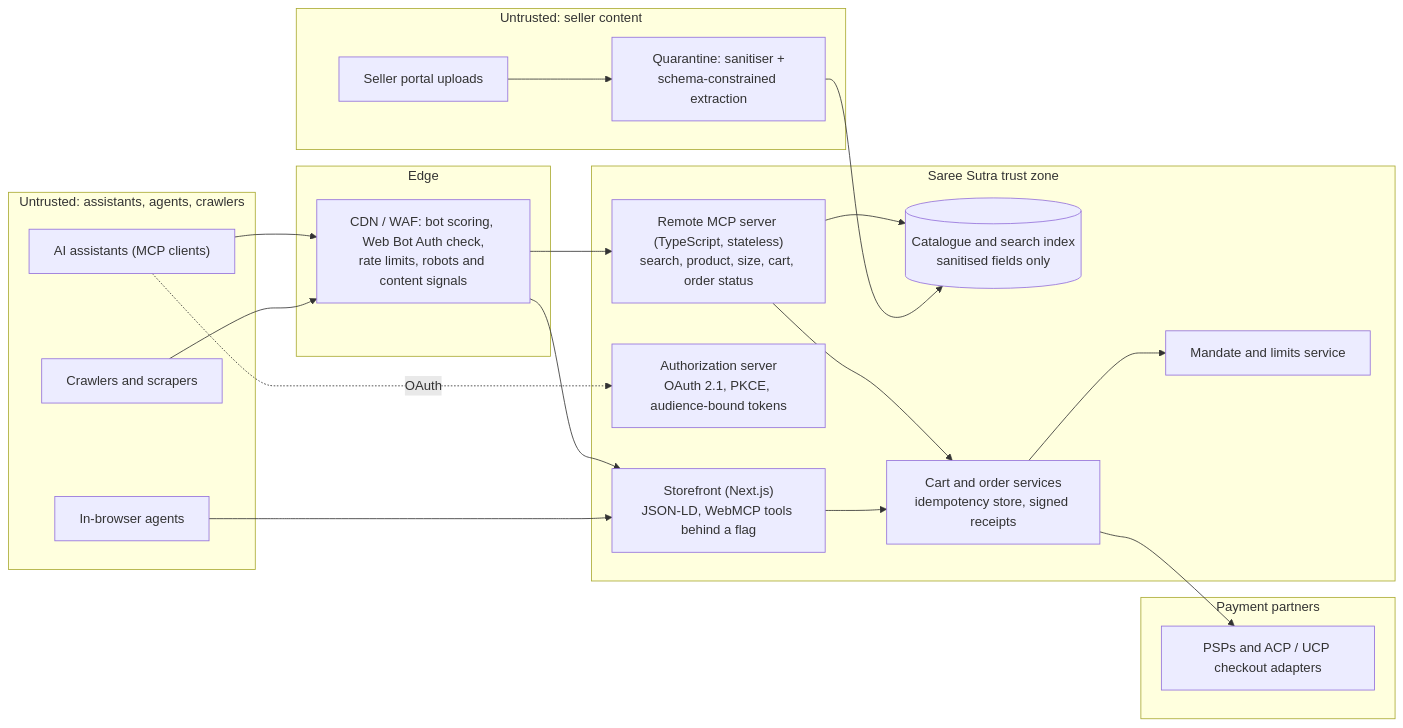
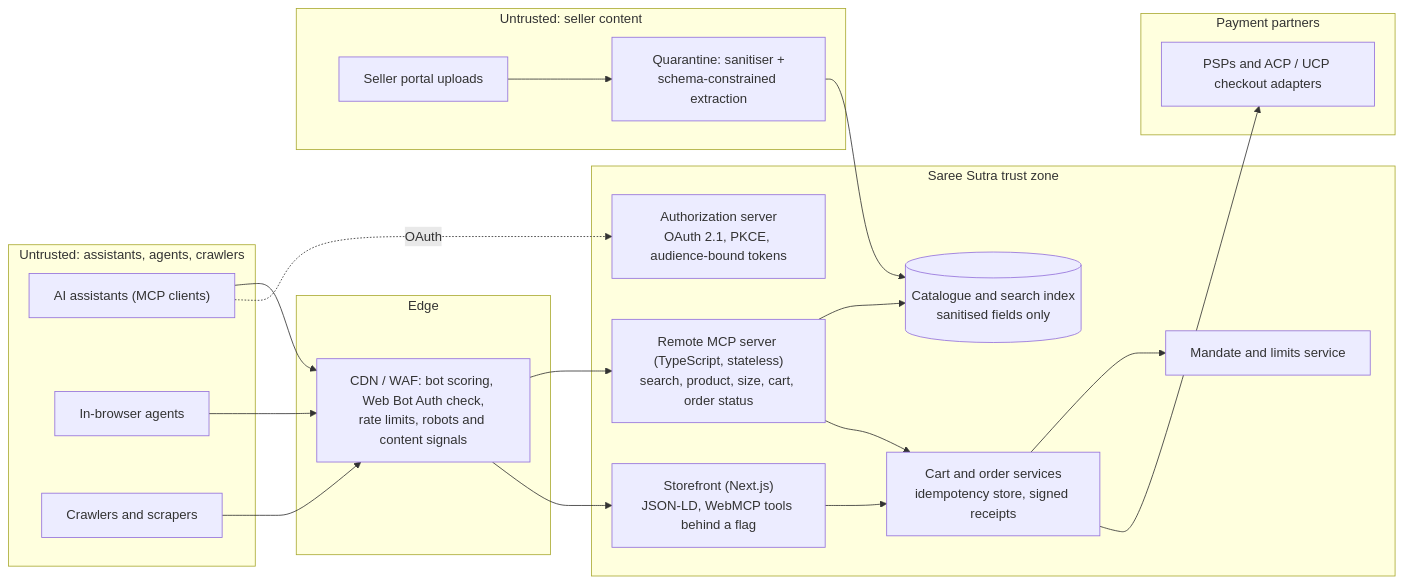
Before and after one commit to nagarjunak-pixel/02-autogpt-autonomous-agent: the diagram in curriculum/projects/P13-agent-ready-commerce-mcp.md, drawn with Mermaid. The commit also changed other lines of this file and 8 other files, not shown here.

````diff
--- a/curriculum/projects/P13-agent-ready-commerce-mcp.md
+++ b/curriculum/projects/P13-agent-ready-commerce-mcp.md
@@ -138,35 +130,35 @@
 ```mermaid
 flowchart LR
   subgraph EXT["Untrusted: assistants, agents, crawlers"]
     AST["AI assistants (MCP clients)"]
     BRA["In-browser agents"]
     CRW["Crawlers and scrapers"]
   end
   subgraph EDGE["Edge"]
     WAF["CDN / WAF: bot scoring, Web Bot Auth check,<br/>rate limits, robots and content signals"]
   end
   subgraph CORE["Saree Sutra trust zone"]
     MCP["Remote MCP server (TypeScript, stateless)<br/>search, product, size, cart, order status"]
     AZ["Authorization server<br/>OAuth 2.1, PKCE, audience-bound tokens"]
     MAN["Mandate and limits service"]
     CAT[("Catalogue and search index<br/>sanitised fields only")]
     CRT["Cart and order services<br/>idempotency store, signed receipts"]
     SF["Storefront (Next.js)<br/>JSON-LD, WebMCP tools behind a flag"]
   end
   subgraph SEL["Untrusted: seller content"]
     SP["Seller portal uploads"]
     QZ["Quarantine: sanitiser +<br/>schema-constrained extraction"]
   end
   subgraph PAY["Payment partners"]
     PSP["PSPs and ACP / UCP checkout adapters"]
   end
   AST --> WAF --> MCP
   CRW --> WAF --> SF
-  BRA --> SF
+  BRA --> WAF
   AST -.->|OAuth| AZ
   MCP --> CAT
   MCP --> CRT --> MAN
   SF --> CRT
   CRT --> PSP
   SP --> QZ --> CAT
 ```
````
